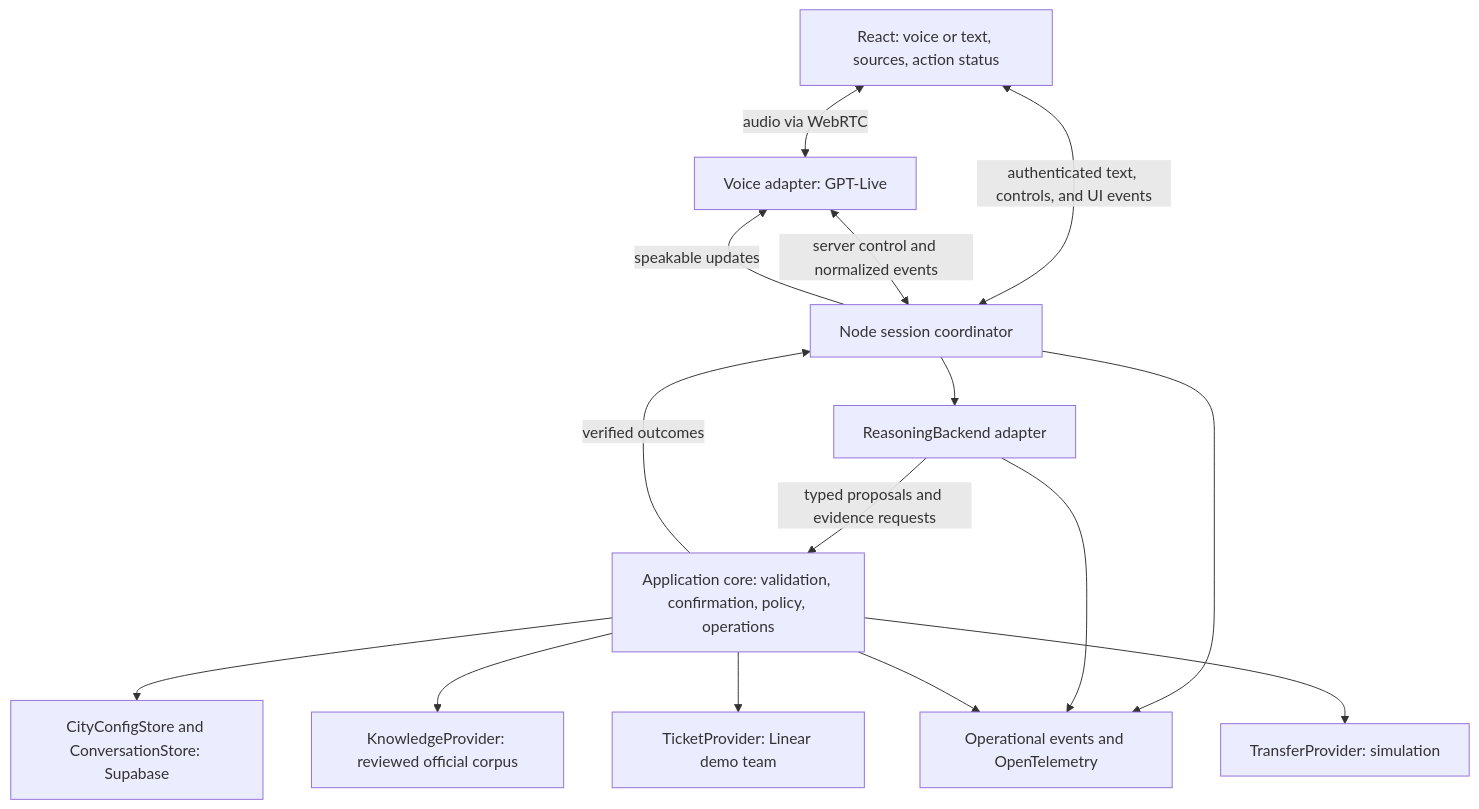
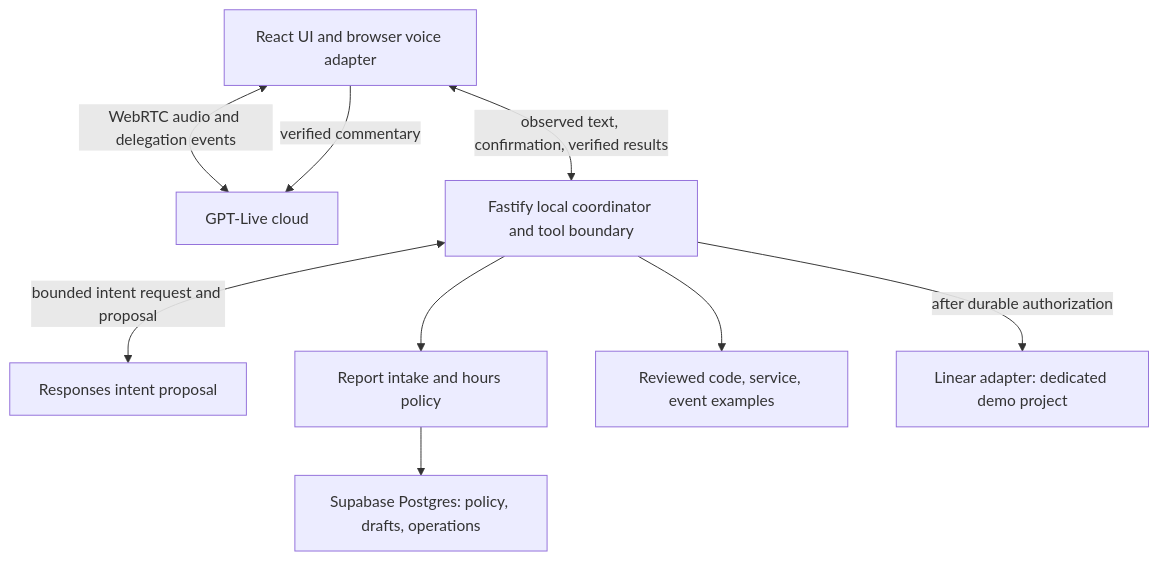
One commit to drore/threefold-boulder-voice-agent changed the diagram in spec/spec-architecture-system.md. Above: the diagram before and after it, drawn with Mermaid. The commit also changed other lines of this file and 5 other files, not shown here.

First line of the commit message:
docs: align local architecture and draft reviewer writeup

````diff
--- a/spec/spec-architecture-system.md
+++ b/spec/spec-architecture-system.md
@@ -33,27 +33,19 @@
 ```mermaid
 flowchart TD
-  Browser[React: voice or text, sources, action status]
-  Voice[Voice adapter: GPT-Live]
-  Session[Node session coordinator]
-  Reason[ReasoningBackend adapter]
-  Core[Application core: validation, confirmation, policy, operations]
-  Stores[CityConfigStore and ConversationStore: Supabase]
-  Know[KnowledgeProvider: reviewed official corpus]
-  Ticket[TicketProvider: Linear demo team]
-  Transfer[TransferProvider: simulation]
-  Trace[Operational events and OpenTelemetry]
-  Browser <-->|audio via WebRTC| Voice
-  Browser <-->|authenticated text, controls, and UI events| Session
-  Voice <-->|server control and normalized events| Session
-  Session --> Reason
-  Reason -->|typed proposals and evidence requests| Core
+  Browser[React UI and browser voice adapter]
+  Voice[GPT-Live cloud]
+  Server[Fastify local coordinator and tool boundary]
+  Reason[Responses intent proposal]
+  Core[Report intake and hours policy]
+  Stores[Supabase Postgres: policy, drafts, operations]
+  Know[Reviewed code, service, event examples]
+  Ticket[Linear adapter: dedicated demo project]
+  Browser <-->|WebRTC audio and delegation events| Voice
+  Browser <-->|observed text, confirmation, verified results| Server
+  Browser -->|verified commentary| Voice
+  Server <-->|bounded intent request and proposal| Reason
+  Server --> Core
+  Server --> Know
   Core --> Stores
-  Core --> Know
-  Core --> Ticket
-  Core --> Transfer
-  Core -->|verified outcomes| Session
-  Session -->|speakable updates| Voice
-  Session --> Trace
-  Reason --> Trace
-  Core --> Trace
+  Server -->|after durable authorization| Ticket
 ```
````
